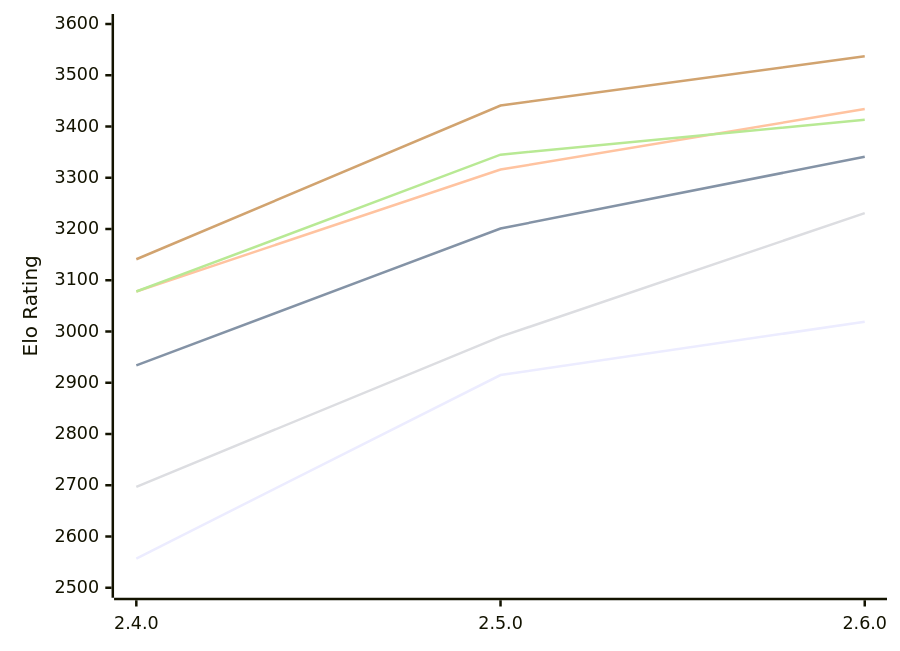
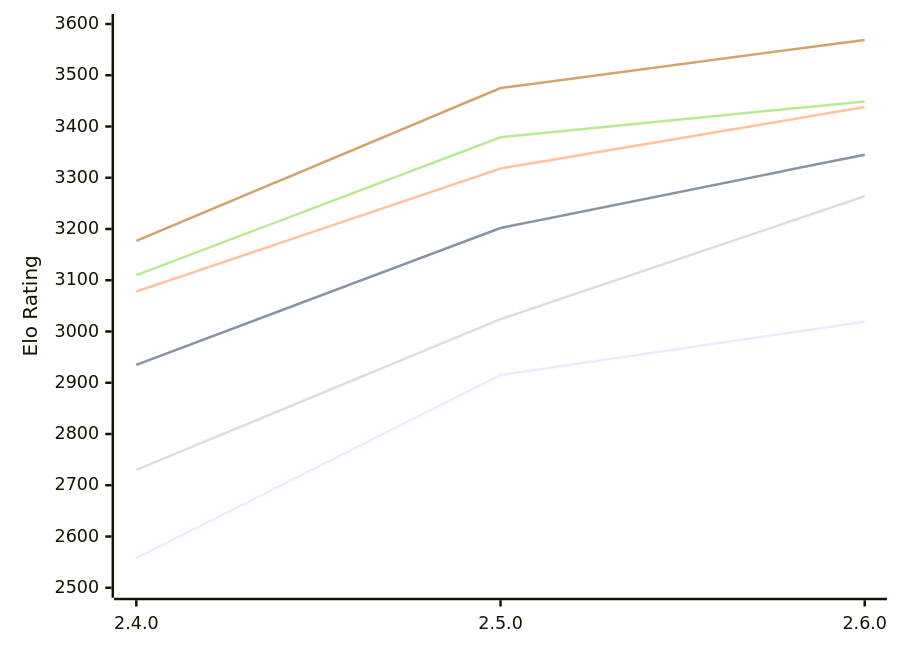
One commit to computer-chess-index/cci changed the diagram in engines/Rarog.md. Above: the diagram before and after it, drawn with Mermaid. The commit also changed other lines of this file, not shown here.

Commit message:
Update CCI Ratings (ELO VLTC) - 2026-11-05

````diff
--- a/engines/Rarog.md
+++ b/engines/Rarog.md
@@ -51,12 +51,12 @@
 ```mermaid
 %%{init: {"theme":"base","themeVariables":{"seriesColors:['#a3a3a3','#222221','#faa371']}}}%%
 xychart-beta
   x-axis ["2.4.0", "2.5.0", "2.6.0"]
   y-axis "Elo Rating" 2500 --> 3600
-  line "E1: STC (8.0+0.08s)" [2557, 2915, 3019]
-  line "E1: LTC (60.0+0.60s)" [2934, 3201, 3341]
-  line "E1: VLTC (2m24s+1.12s)" [3078, 3316, 3434]
-  line "P1: STC (8.0+0.08s)" [2697, 2990, 3231]
-  line "P1: LTC (60.0+0.60s)" [3078, 3345, 3413]
-  line "P1: VLTC (2m24s+1.12s)" [3141, 3441, 3537]
+  line "E1: STC (8.0+0.08s)" [2558, 2915, 3019]
+  line "E1: LTC (60.0+0.60s)" [2935, 3202, 3345]
+  line "E1: VLTC (2m24s+1.12s)" [3078, 3318, 3438]
+  line "P1: STC (8.0+0.08s)" [2730, 3024, 3264]
+  line "P1: LTC (60.0+0.60s)" [3110, 3379, 3449]
+  line "P1: VLTC (2m24s+1.12s)" [3177, 3475, 3569]
 ```
````
